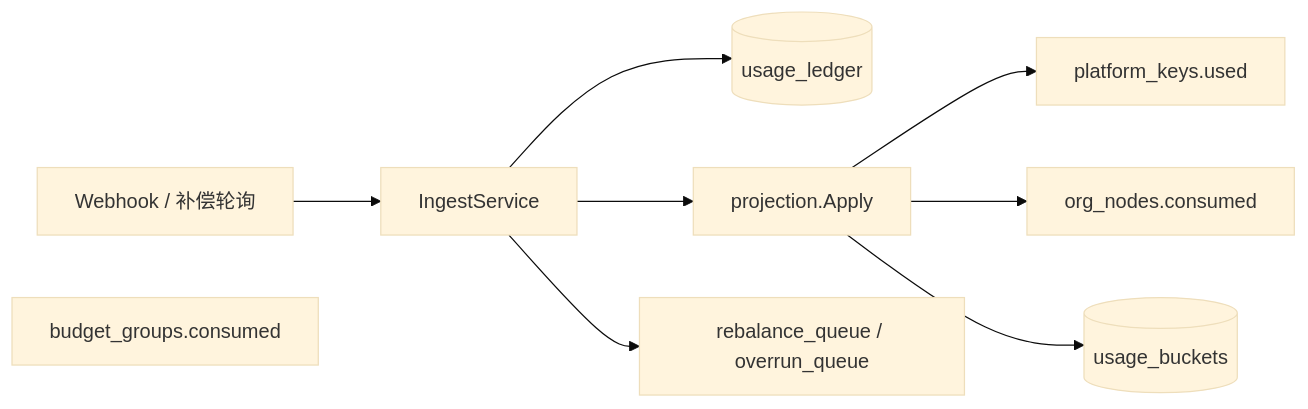
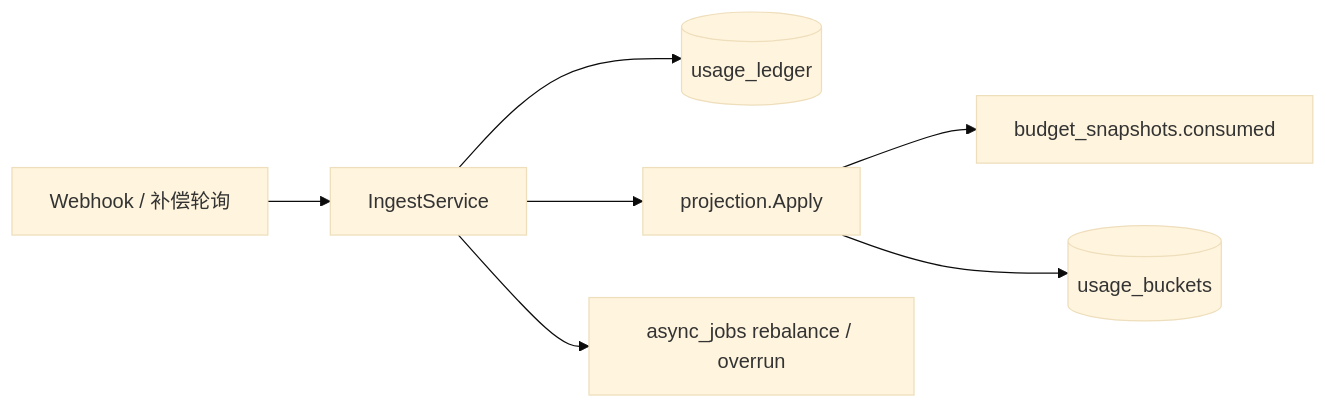
Before and after one commit to quyip8818/mytokenjoy: the second of 7 diagrams in docs/Backend-预算.md, drawn with Mermaid (base theme). The commit also changed other lines of this file and 7 other files, not shown here.

````diff
--- a/docs/Backend-预算.md
+++ b/docs/Backend-预算.md
@@ -60,11 +62,9 @@
 ```mermaid
 flowchart LR
   WH[Webhook / 补偿轮询] --> ING[IngestService]
   ING --> UL[(usage_ledger)]
   ING --> PROJ[projection.Apply]
-  PROJ --> USED[platform_keys.used]
-  PROJ --> CONS[org_nodes.consumed]
-  PROG_BG[budget_groups.consumed]
+  PROJ --> SNAP[budget_snapshots.consumed]
   PROJ --> UB[(usage_buckets)]
-  ING --> Q[rebalance_queue / overrun_queue]
+  ING --> Q[async_jobs rebalance / overrun]
 ```
````
